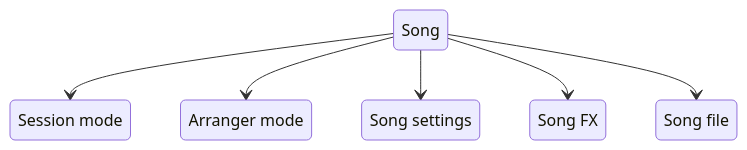
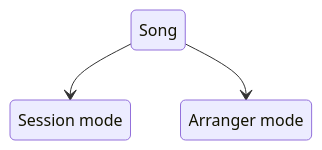
Before and after one commit to SynthstromAudible/DelugeFirmware: the ninth of 16 diagrams in website/src/content/docs/manual/introduction/concepts.mdx, drawn with Mermaid. The commit also changed other lines of this file and 1 other file, not shown here.

````diff
--- a/website/src/content/docs/manual/introduction/concepts.mdx
+++ b/website/src/content/docs/manual/introduction/concepts.mdx
@@ -301,15 +303,8 @@
 ```mermaid
 stateDiagram-v2
   Song --> SessionMode
   Song --> ArrangerMode
-  Song --> SongSettings
-  Song --> SongFX
-  Song --> SongFile
 
-
-  SongSettings: Song settings
-  SongFX: Song FX
-  SongFile: Song file
   SessionMode: Session mode
   ArrangerMode: Arranger mode
 ```
````
